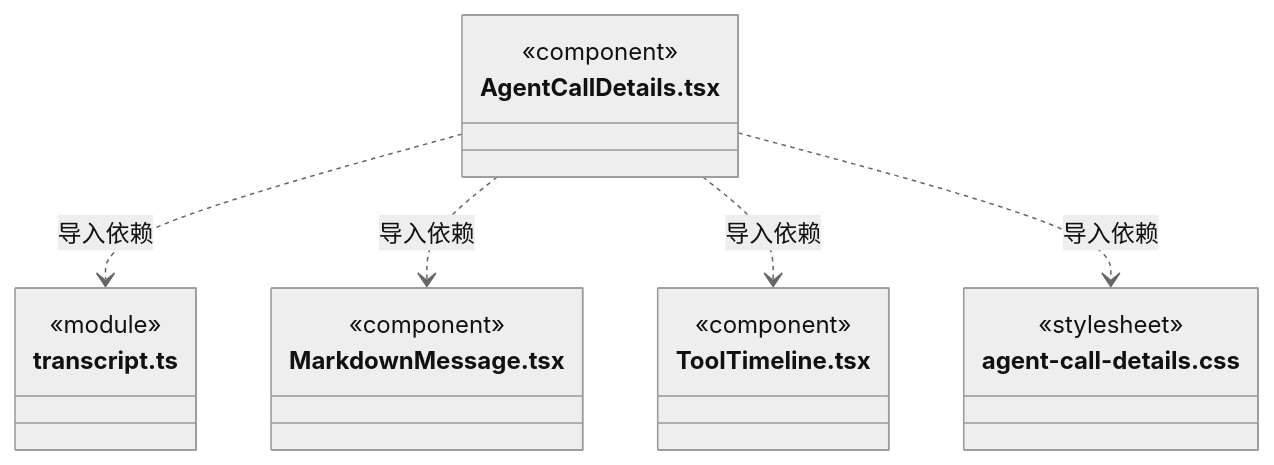
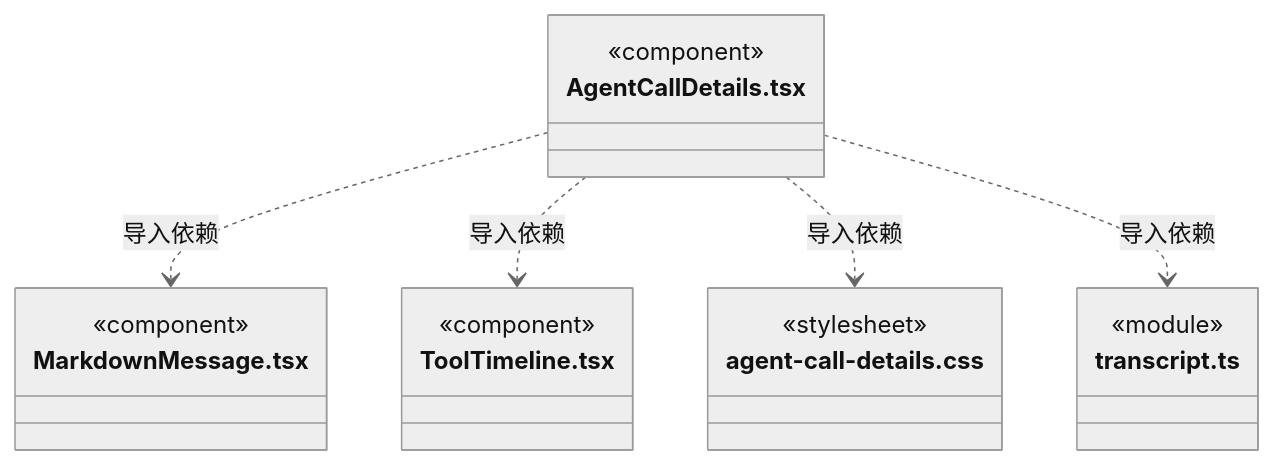
One commit to nan023062/cbim changed diagram 20 of 23 in src/view/execution-view/ARCHITECTURE.md. Above: the diagram before and after it, drawn with Mermaid (neutral theme). The commit also changed other lines of this file and 112 other files, not shown here.

Commit message:
docs: align source architecture with current declarations and contracts

````diff
--- a/src/view/execution-view/ARCHITECTURE.md
+++ b/src/view/execution-view/ARCHITECTURE.md
@@ -359,22 +359,22 @@
 ```mermaid
 classDiagram
 class N_src_view_execution_view_AgentCallDetails_tsx["AgentCallDetails.tsx"] {
   <<component>>
-}
-class N_src_view_execution_view_transcript_ts["transcript.ts"] {
-  <<module>>
 }
 class N_src_view_execution_view_MarkdownMessage_tsx["MarkdownMessage.tsx"] {
   <<component>>
 }
 class N_src_view_execution_view_ToolTimeline_tsx["ToolTimeline.tsx"] {
   <<component>>
 }
 class N_src_view_execution_view_agent_call_details_css["agent-call-details.css"] {
   <<stylesheet>>
 }
-N_src_view_execution_view_AgentCallDetails_tsx ..> N_src_view_execution_view_transcript_ts : 导入依赖
+class N_src_view_execution_view_transcript_ts["transcript.ts"] {
+  <<module>>
+}
 N_src_view_execution_view_AgentCallDetails_tsx ..> N_src_view_execution_view_MarkdownMessage_tsx : 导入依赖
 N_src_view_execution_view_AgentCallDetails_tsx ..> N_src_view_execution_view_ToolTimeline_tsx : 导入依赖
 N_src_view_execution_view_AgentCallDetails_tsx ..> N_src_view_execution_view_agent_call_details_css : 导入依赖
+N_src_view_execution_view_AgentCallDetails_tsx ..> N_src_view_execution_view_transcript_ts : 导入依赖
 ```
````
